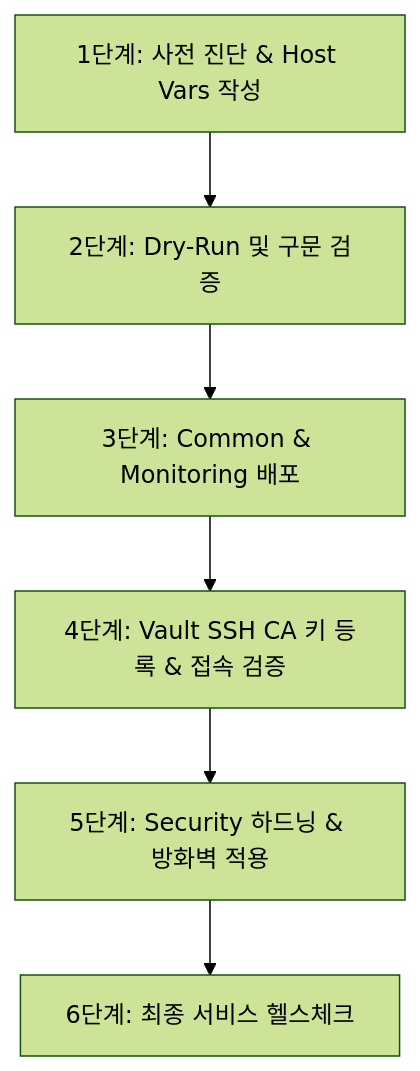
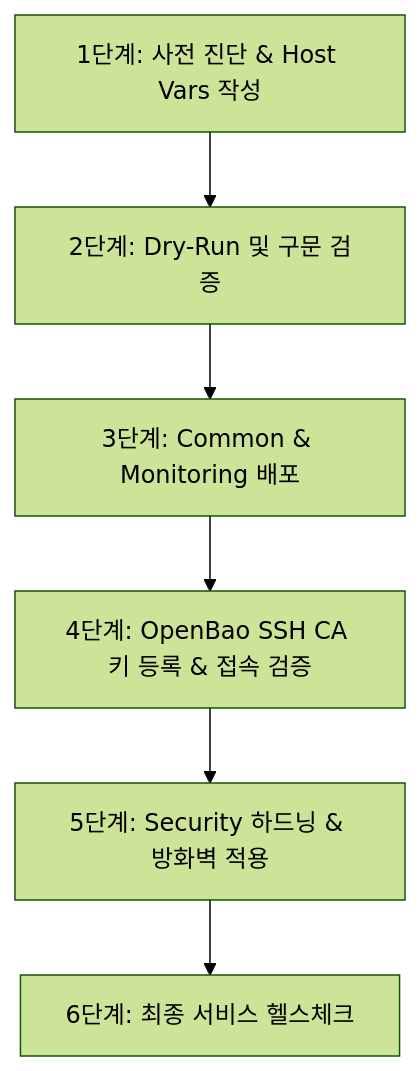
The diagram in docs/PROVISIONING_AND_MIGRATION_GUIDELINE.md (ppzxc/overseer), drawn with Mermaid (forest theme) before and after one commit. The commit also changed other lines of this file and 43 other files, not shown here.

````diff
--- a/docs/PROVISIONING_AND_MIGRATION_GUIDELINE.md
+++ b/docs/PROVISIONING_AND_MIGRATION_GUIDELINE.md
@@ -89,8 +89,8 @@
 ```mermaid
 flowchart TD
     A[1단계: 사전 진단 & Host Vars 작성] --> B[2단계: Dry-Run 및 구문 검증]
     B --> C[3단계: Common & Monitoring 배포]
-    C --> D[4단계: Vault SSH CA 키 등록 & 접속 검증]
+    C --> D[4단계: OpenBao SSH CA 키 등록 & 접속 검증]
     D --> E[5단계: Security 하드닝 & 방화벽 적용]
     E --> F[6단계: 최종 서비스 헬스체크]
 ```
````
